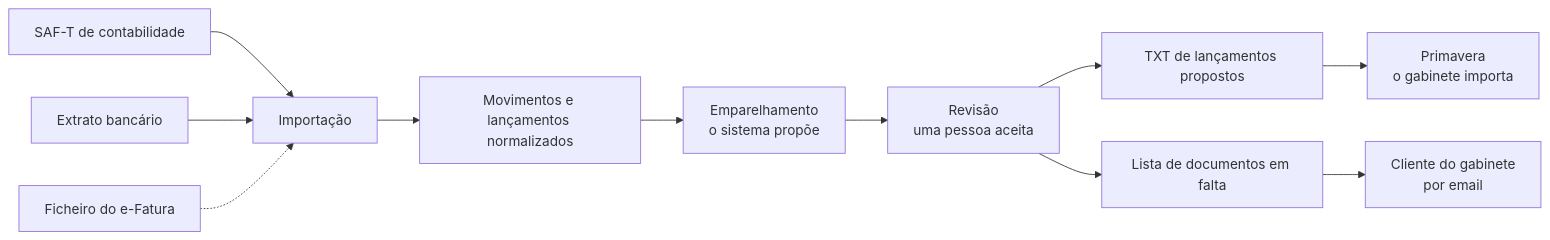
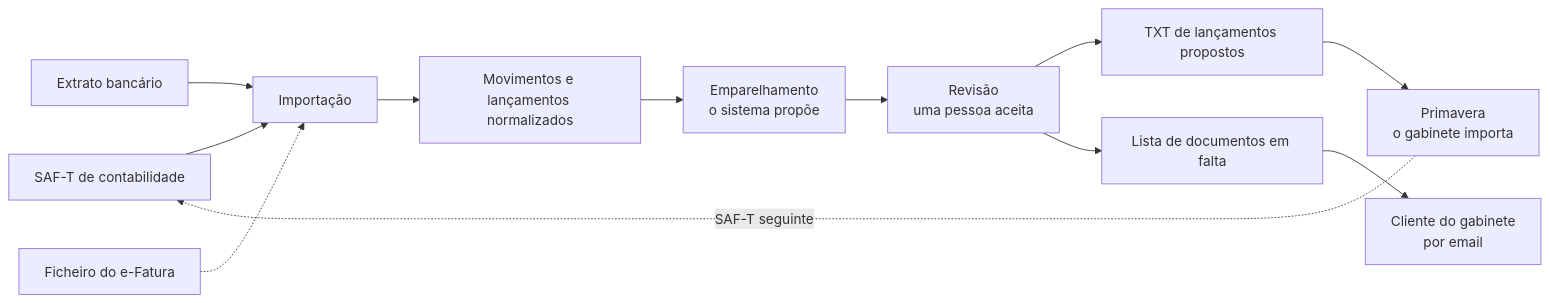
One commit to RafaelFerraz2002/bate-certo changed the first of 2 diagrams in docs/modelo-dominio.md. Above: the diagram before and after it, drawn with Mermaid. The commit also changed other lines of this file, not shown here.

````diff
--- a/docs/modelo-dominio.md
+++ b/docs/modelo-dominio.md
@@ -21,13 +21,14 @@
 ```mermaid
 flowchart LR
   SAFT[SAF-T de contabilidade] --> IMP[Importação]
   EXT[Extrato bancário] --> IMP
   EF[Ficheiro do e-Fatura] -.-> IMP
   IMP --> NORM[Movimentos e lançamentos normalizados]
   NORM --> EMP[Emparelhamento<br/>o sistema propõe]
   EMP --> REV[Revisão<br/>uma pessoa aceita]
   REV --> TXT[TXT de lançamentos propostos]
   REV --> FALTA[Lista de documentos em falta]
   TXT --> PRI[Primavera<br/>o gabinete importa]
+  PRI -.->|SAF-T seguinte| SAFT
   FALTA --> CLI[Cliente do gabinete<br/>por email]
 ```
````
